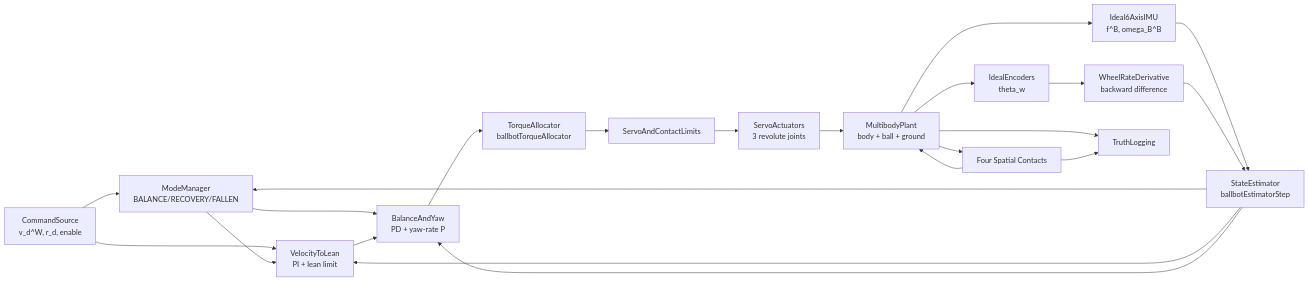
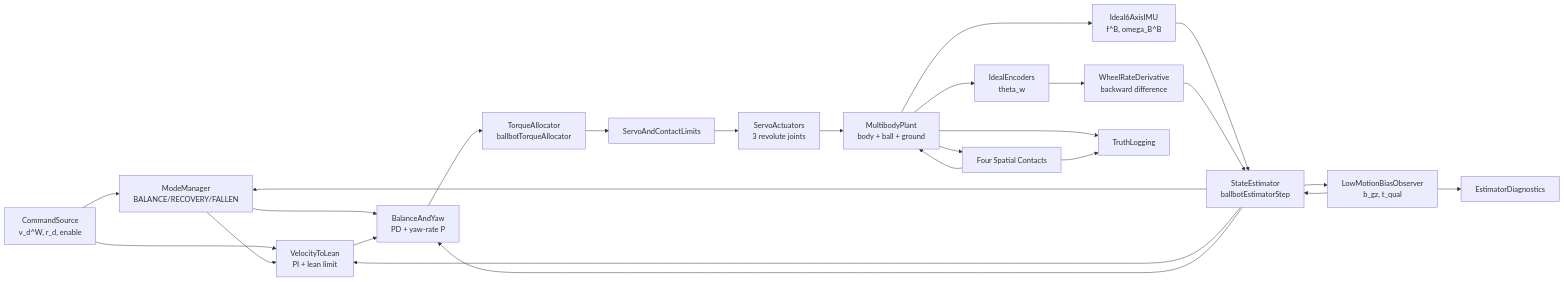
One commit to nenecchiCV/ball-balancing-omni-rover changed the first of 3 diagrams in specs/hardware_design/controll/ball_balancing_omnirover3wd/ball_balancing_omnirover3wd-architecture.md. Above: the diagram before and after it, drawn with Mermaid. The commit also changed other lines of this file and 17 other files, not shown here.

````diff
--- a/specs/hardware_design/controll/ball_balancing_omnirover3wd/ball_balancing_omnirover3wd-architecture.md
+++ b/specs/hardware_design/controll/ball_balancing_omnirover3wd/ball_balancing_omnirover3wd-architecture.md
@@ -13,34 +13,38 @@
 ```mermaid
 flowchart LR
   CMD[CommandSource<br/>v_d^W, r_d, enable]
   IMU[Ideal6AxisIMU<br/>f^B, omega_B^B]
   ENC[IdealEncoders<br/>theta_w]
   DIFF[WheelRateDerivative<br/>backward difference]
   EST[StateEstimator<br/>ballbotEstimatorStep]
+  BIAS[LowMotionBiasObserver<br/>b_gz, t_qual]
+  DLOG[EstimatorDiagnostics]
   MODE[ModeManager<br/>BALANCE/RECOVERY/FALLEN]
   OUTER[VelocityToLean<br/>PI + lean limit]
   INNER[BalanceAndYaw<br/>PD + yaw-rate P]
   ALLOC[TorqueAllocator<br/>ballbotTorqueAllocator]
   LIMIT[ServoAndContactLimits]
   ACT[ServoActuators<br/>3 revolute joints]
   MB[MultibodyPlant<br/>body + ball + ground]
   CONTACT[Four Spatial Contacts]
   TRUTH[TruthLogging]
 
   CMD --> MODE
   CMD --> OUTER
   IMU --> EST
   ENC --> DIFF --> EST
+  EST --> BIAS --> EST
+  BIAS --> DLOG
   EST --> MODE
   EST --> OUTER
   EST --> INNER
   MODE --> OUTER
   MODE --> INNER
   OUTER --> INNER
   INNER --> ALLOC --> LIMIT --> ACT --> MB
   MB --> CONTACT --> MB
   MB --> IMU
   MB --> ENC
   MB --> TRUTH
   CONTACT --> TRUTH
 ```
````
